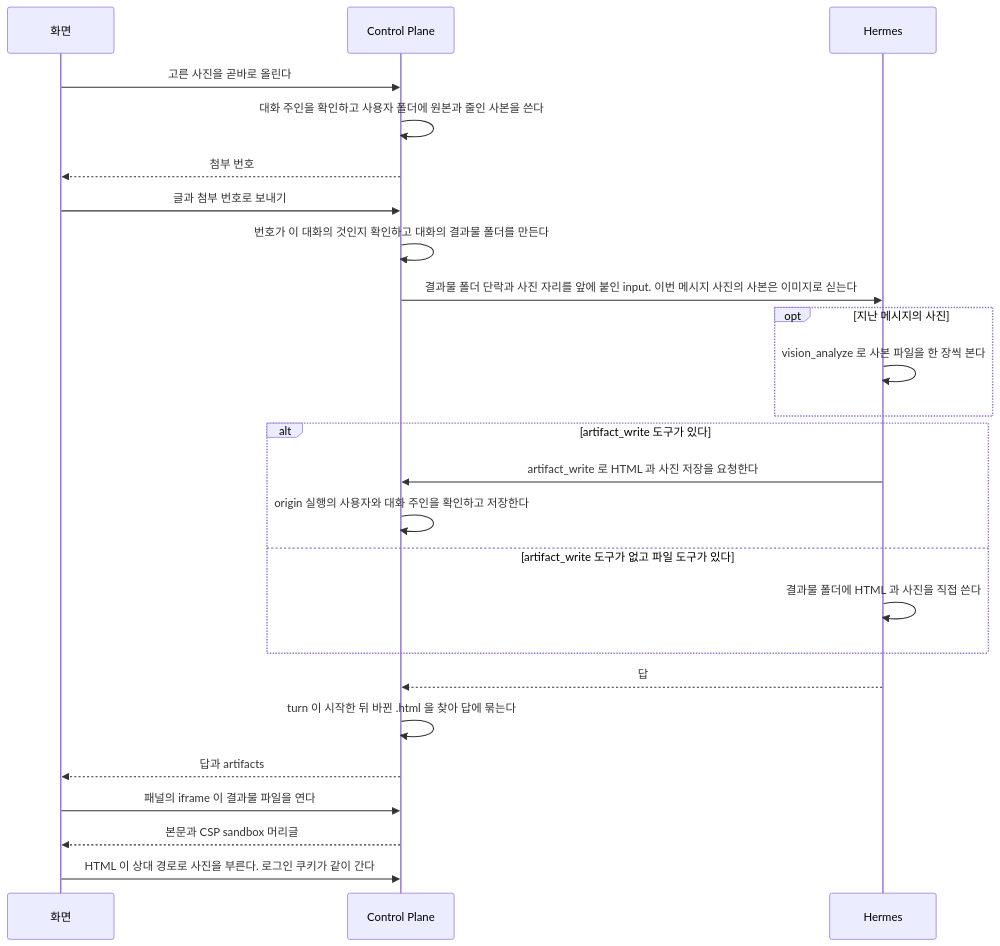
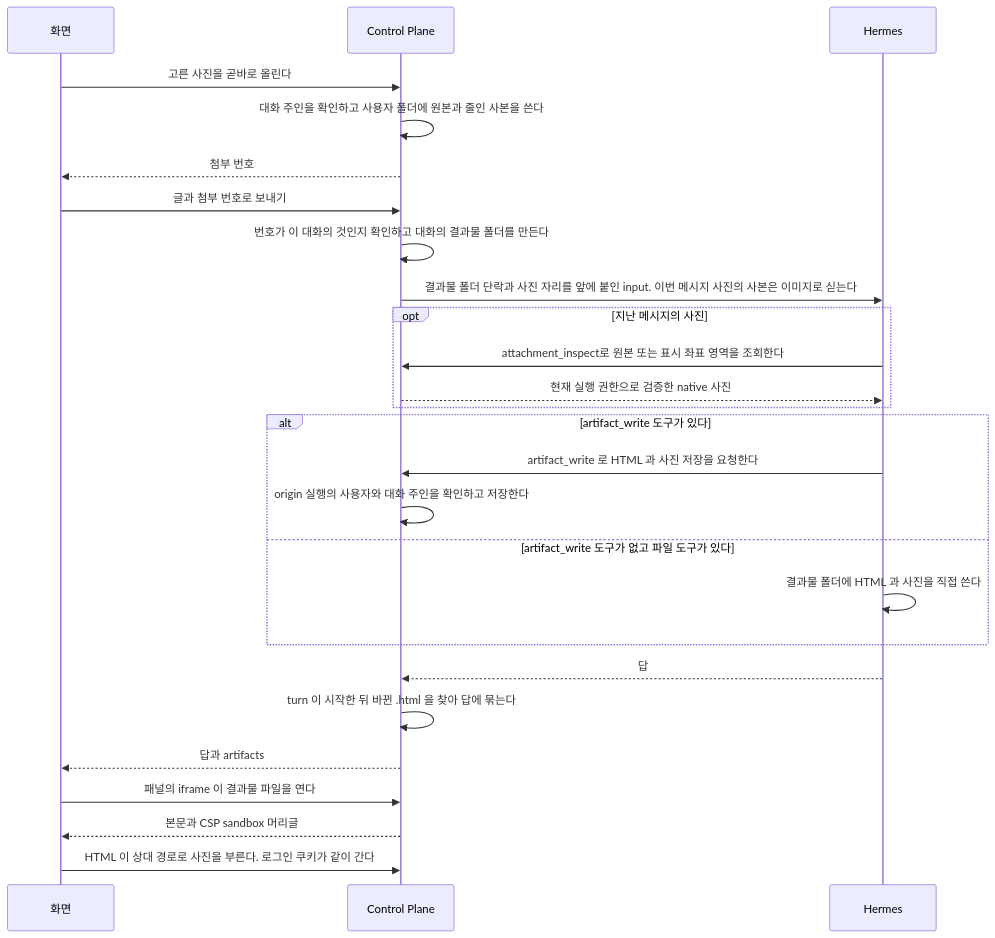
Before and after one commit to jon890/fos-assistant: the diagram in docs/features/attachment.md, drawn with Mermaid. The commit also changed other lines of this file and 44 other files, not shown here.

Commit message:
feat(backend): 현재 실행에서 사진 원본과 표시 영역을 자동 조회한다

````diff
--- a/docs/features/attachment.md
+++ b/docs/features/attachment.md
@@ -18,28 +18,29 @@
 ```mermaid
 sequenceDiagram
     participant W as 화면
     participant C as Control Plane
     participant H as Hermes
 
     W->>C: 고른 사진을 곧바로 올린다
     C->>C: 대화 주인을 확인하고 사용자 폴더에 원본과 줄인 사본을 쓴다
     C-->>W: 첨부 번호
     W->>C: 글과 첨부 번호로 보내기
     C->>C: 번호가 이 대화의 것인지 확인하고 대화의 결과물 폴더를 만든다
     C->>H: 결과물 폴더 단락과 사진 자리를 앞에 붙인 input. 이번 메시지 사진의 사본은 이미지로 싣는다
     opt 지난 메시지의 사진
-        H->>H: vision_analyze 로 사본 파일을 한 장씩 본다
+        H->>C: attachment_inspect로 원본 또는 표시 좌표 영역을 조회한다
+        C-->>H: 현재 실행 권한으로 검증한 native 사진
     end
     alt artifact_write 도구가 있다
         H->>C: artifact_write 로 HTML 과 사진 저장을 요청한다
         C->>C: origin 실행의 사용자와 대화 주인을 확인하고 저장한다
     else artifact_write 도구가 없고 파일 도구가 있다
         H->>H: 결과물 폴더에 HTML 과 사진을 직접 쓴다
     end
     H-->>C: 답
     C->>C: turn 이 시작한 뒤 바뀐 .html 을 찾아 답에 묶는다
     C-->>W: 답과 artifacts
     W->>C: 패널의 iframe 이 결과물 파일을 연다
     C-->>W: 본문과 CSP sandbox 머리글
     W->>C: HTML 이 상대 경로로 사진을 부른다. 로그인 쿠키가 같이 간다
 ```
````
